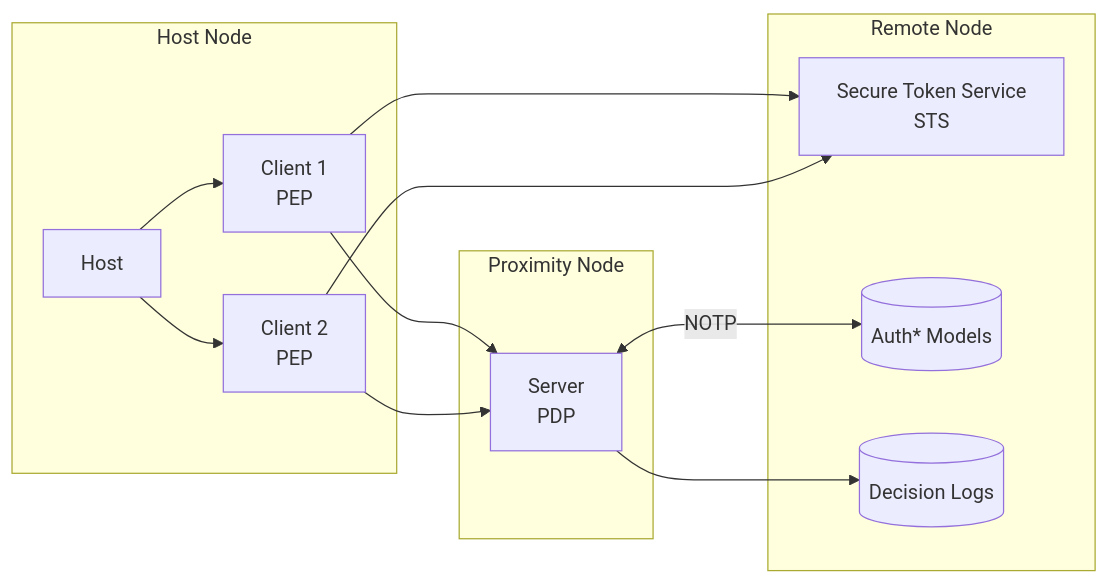
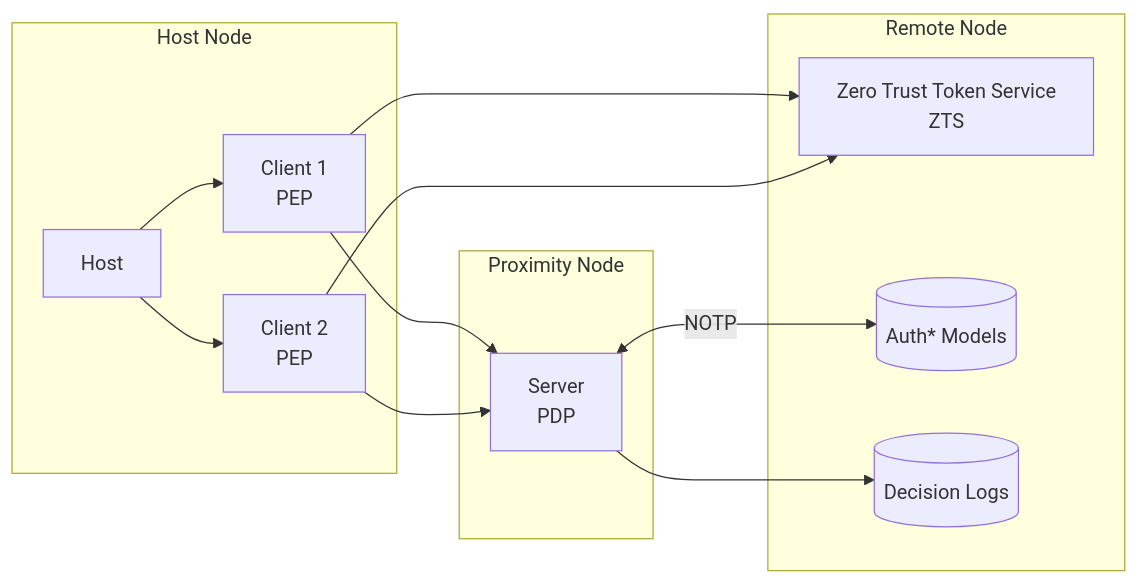
The diagram in content/openprotocolspec/2025-04-05/architecture/_index.md (ztauthstar/ztauthstar), drawn with Mermaid before and after one commit. The commit also changed other lines of this file and 12 other files, not shown here.

````diff
--- a/content/openprotocolspec/2025-04-05/architecture/_index.md
+++ b/content/openprotocolspec/2025-04-05/architecture/_index.md
@@ -31,27 +31,27 @@
 ```mermaid
 graph LR
     subgraph "Host Node"
         H[Host]
         C1[Client 1 <br> PEP]
         C2[Client 2 <br> PEP]
         H --> C1
         H --> C2
     end
 
     subgraph "Proximity Node"
         S1[Server <br> PDP]
         C1 --> S1
         C2 --> S1
     end
 
     subgraph "Remote Node"
-        STS["Secure Token Service<br>STS"]
+        ZTS["Zero Trust Token Service<br>ZTS"]
         MR[("Auth* Models")]
         DL[(Decision Logs)]
 
-        C1 --> STS
-        C2 --> STS
+        C1 --> ZTS
+        C2 --> ZTS
         S1 <-- "NOTP" -->  MR
         S1 --> DL
     end
 ```
````
